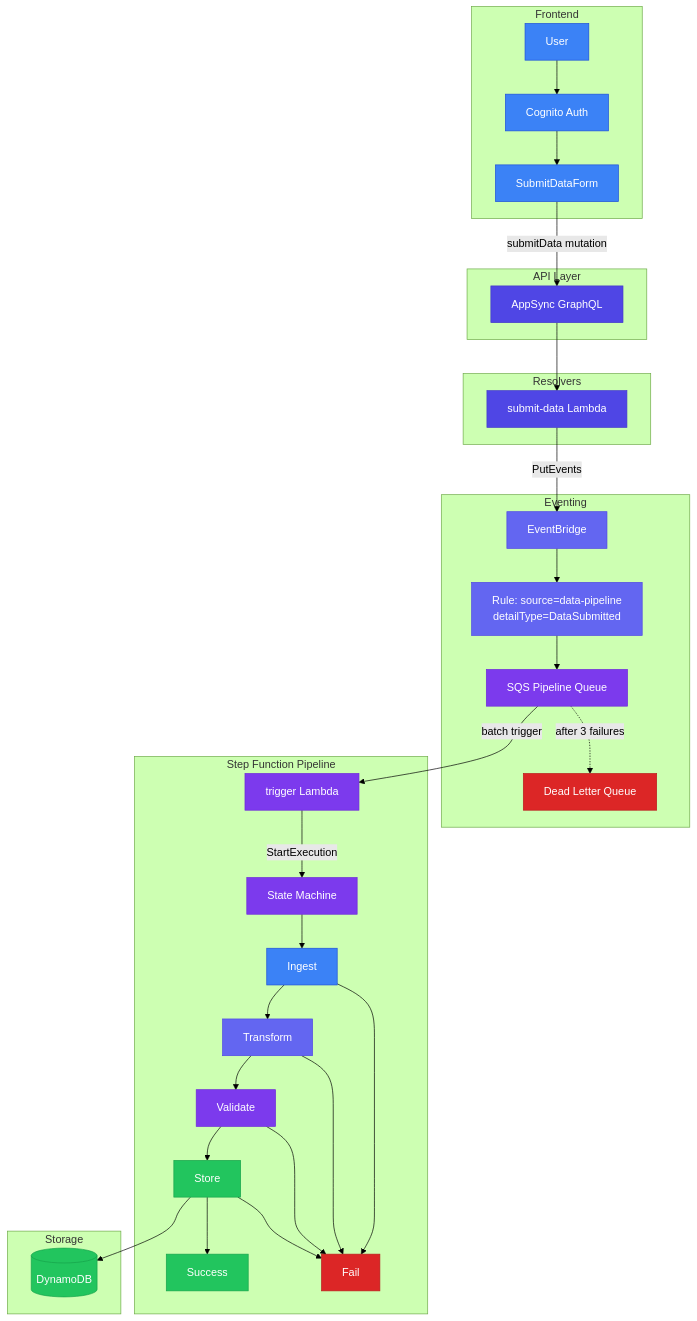
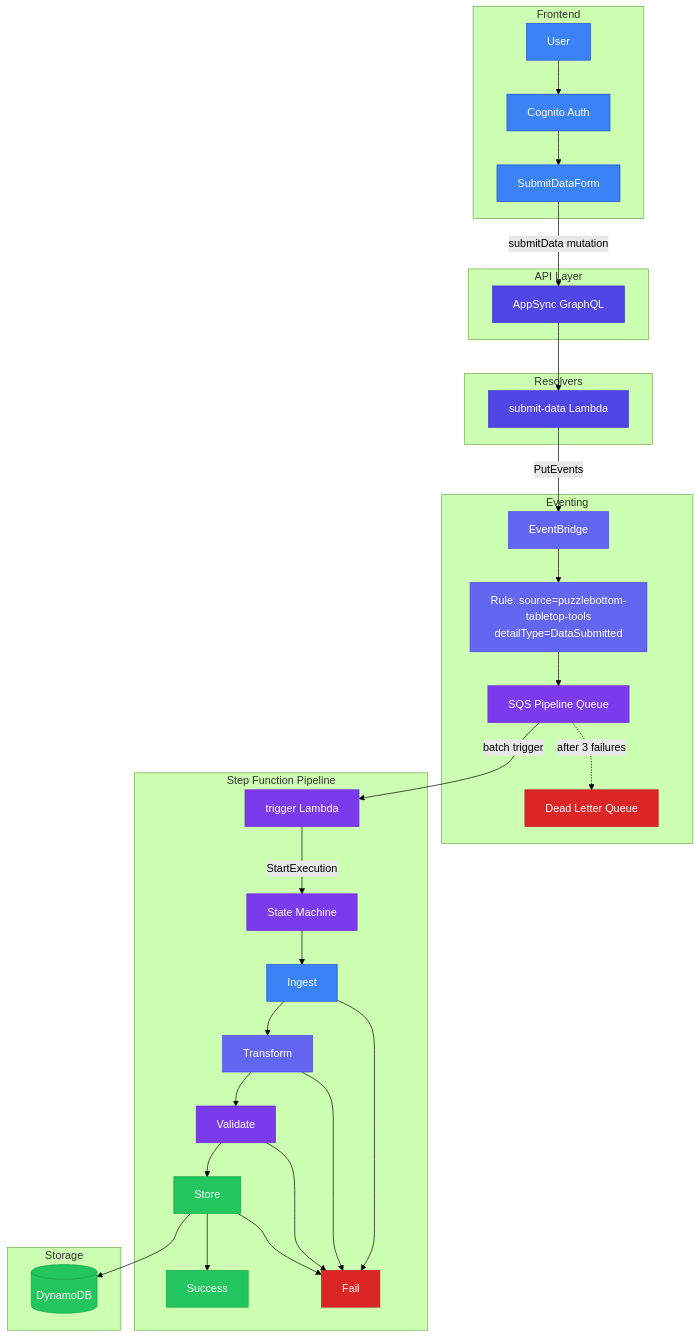
Before and after one commit to Puzzlebottom/puzzlebottom-tabletop-tools: the first of 2 diagrams in docs/architecture.md, drawn with Mermaid (forest theme). The commit also changed other lines of this file and 38 other files, not shown here.

First line of the commit message:
chore: rebrand to Puzzlebottom Tabletop Tools Suite

````diff
--- a/docs/architecture.md
+++ b/docs/architecture.md
@@ -9,74 +9,74 @@
 ```mermaid
 flowchart TB
     subgraph Frontend["Frontend"]
         User[User]
         Form[SubmitDataForm]
         Auth[Cognito Auth]
         User --> Auth
         Auth --> Form
     end
 
     subgraph API["API Layer"]
         AppSync[AppSync GraphQL]
         Form -->|submitData mutation| AppSync
     end
 
     subgraph Eventing["Eventing"]
         EB[EventBridge]
-        Rule[Rule: source=data-pipeline<br/>detailType=DataSubmitted]
+        Rule[Rule: source=puzzlebottom-tabletop-tools<br/>detailType=DataSubmitted]
         SQS[SQS Pipeline Queue]
         DLQ[Dead Letter Queue]
         EB --> Rule
         Rule --> SQS
         SQS -.->|after 3 failures| DLQ
     end
 
     subgraph Resolvers["Resolvers"]
         SubmitData[submit-data Lambda]
         AppSync --> SubmitData
         SubmitData -->|PutEvents| EB
     end
 
     subgraph Pipeline["Step Function Pipeline"]
         Trigger[trigger Lambda]
         SF[State Machine]
         Ingest[Ingest]
         Transform[Transform]
         Validate[Validate]
         Store[Store]
         Success[Success]
         Fail[Fail]
 
         SQS -->|batch trigger| Trigger
         Trigger -->|StartExecution| SF
         SF --> Ingest --> Transform --> Validate --> Store --> Success
         Ingest --> Fail
         Transform --> Fail
         Validate --> Fail
         Store --> Fail
     end
 
     subgraph Storage["Storage"]
         DynamoDB[(DynamoDB)]
         Store --> DynamoDB
     end
 
     style User fill:#3b82f6,stroke:#1d4ed8,color:#fff
     style Form fill:#3b82f6,stroke:#1d4ed8,color:#fff
     style Auth fill:#3b82f6,stroke:#1d4ed8,color:#fff
     style AppSync fill:#4f46e5,stroke:#4338ca,color:#fff
     style EB fill:#6366f1,stroke:#4f46e5,color:#fff
     style Rule fill:#6366f1,stroke:#4f46e5,color:#fff
     style SQS fill:#7c3aed,stroke:#6d28d9,color:#fff
     style DLQ fill:#dc2626,stroke:#b91c1c,color:#fff
     style SubmitData fill:#4f46e5,stroke:#4338ca,color:#fff
     style Trigger fill:#7c3aed,stroke:#6d28d9,color:#fff
     style SF fill:#7c3aed,stroke:#6d28d9,color:#fff
     style Ingest fill:#3b82f6,stroke:#1d4ed8,color:#fff
     style Transform fill:#6366f1,stroke:#4f46e5,color:#fff
     style Validate fill:#7c3aed,stroke:#6d28d9,color:#fff
     style Store fill:#22c55e,stroke:#16a34a,color:#fff
     style Success fill:#22c55e,stroke:#16a34a,color:#fff
     style DynamoDB fill:#22c55e,stroke:#16a34a,color:#fff
     style Fail fill:#dc2626,stroke:#b91c1c,color:#fff
 ```
````
